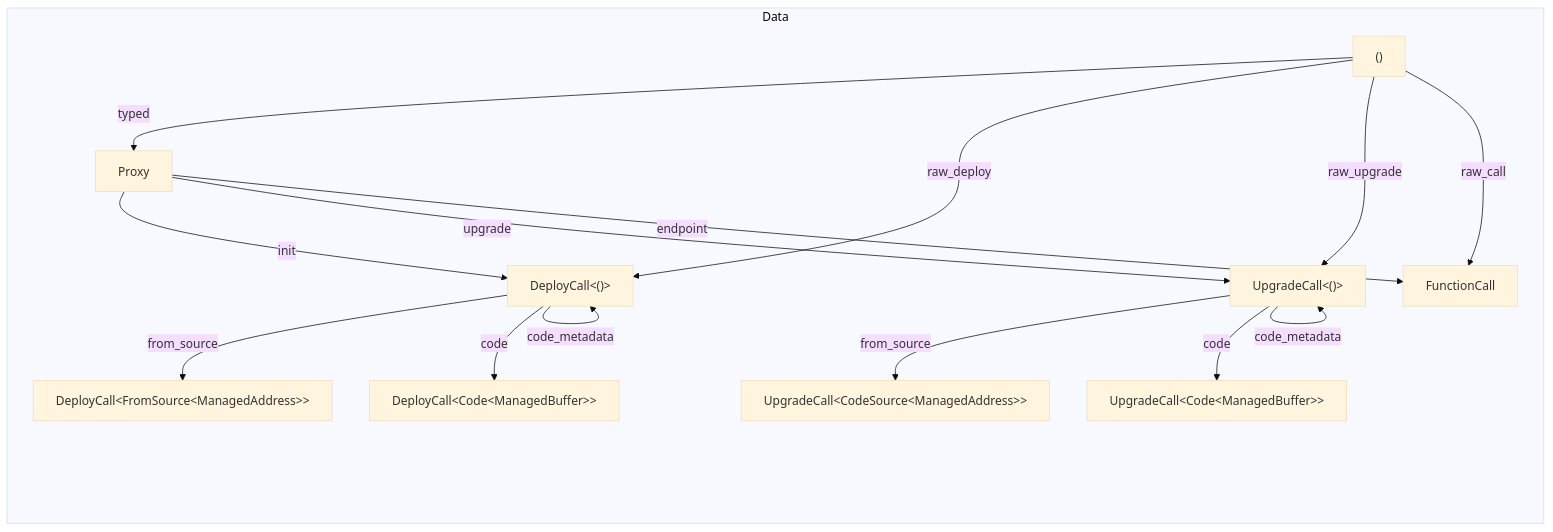
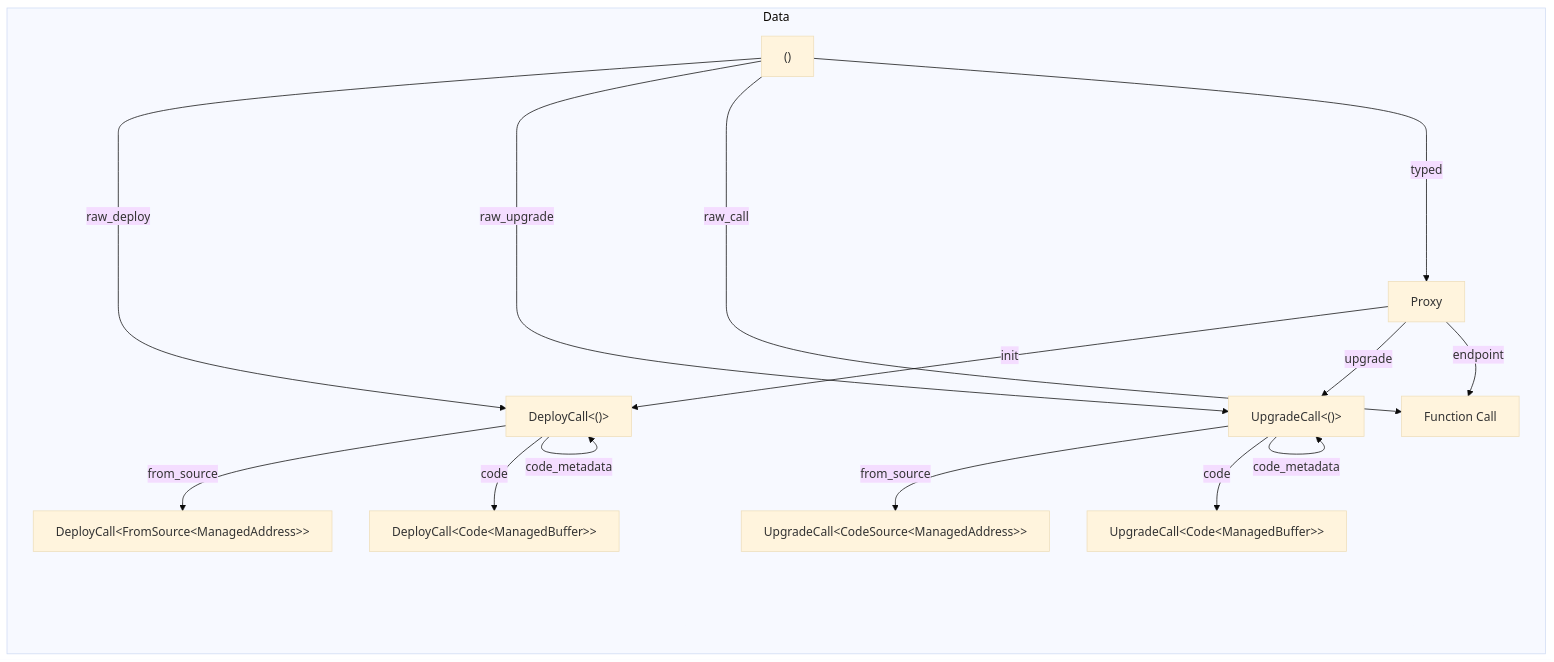
One commit to multiversx/mx-docs changed the eighth of 9 diagrams in docs/developers/transactions/tx-overview.md. Above: the diagram before and after it, drawn with Mermaid (base theme). The commit also changed other lines of this file and 1 other file, not shown here.

Commit message:
unified syntax - env diagram

````diff
--- a/docs/developers/transactions/tx-overview.md
+++ b/docs/developers/transactions/tx-overview.md
@@ -259,19 +271,20 @@
 ```mermaid
 graph LR
     subgraph Data
         data-unit["()"]
+        data-unit ----->|raw_deploy| deploy["DeployCall&lt;()&gt;"]
+        deploy -->|from_source| deploy-from-source["DeployCall&lt;FromSource&lt;ManagedAddress&gt;&gt;"]
+        deploy -->|code| deploy-code["DeployCall&lt;Code&lt;ManagedBuffer&gt;&gt;"]
+        deploy -->|code_metadata| deploy
+        data-unit ----->|raw_upgrade| upgrade["UpgradeCall<()>"]
+        upgrade -->|from_source| upgrade-from-source["UpgradeCall&lt;CodeSource&lt;ManagedAddress&gt;&gt;"]
+        upgrade -->|code| upgrade-code["UpgradeCall&lt;Code&lt;ManagedBuffer&gt;&gt;"]
+        upgrade -->|code_metadata| upgrade
+        data-unit ---->|raw_call| fc[FunctionCall]
+
         data-unit -->|typed| Proxy
         Proxy -->|init| deploy
         Proxy -->|upgrade| upgrade
         Proxy -->|endpoint| fc[Function Call]
-        data-unit -->|raw_deploy| deploy["DeployCall&lt;()&gt;"]
-        deploy -->|from_source| deploy-from-source["DeployCall&lt;FromSource&lt;ManagedAddress&gt;&gt;"]
-        deploy -->|code| deploy-code["DeployCall&lt;Code&lt;ManagedBuffer&gt;&gt;"]
-        deploy -->|code_metadata| deploy
-        data-unit -->|raw_upgrade| upgrade["UpgradeCall<()>"]
-        upgrade -->|from_source| upgrade-from-source["UpgradeCall&lt;CodeSource&lt;ManagedAddress&gt;&gt;"]
-        upgrade -->|code| upgrade-code["UpgradeCall&lt;Code&lt;ManagedBuffer&gt;&gt;"]
-        upgrade -->|code_metadata| upgrade
-        data-unit -->|raw_call| fc[FunctionCall]
     end
 ```
````
